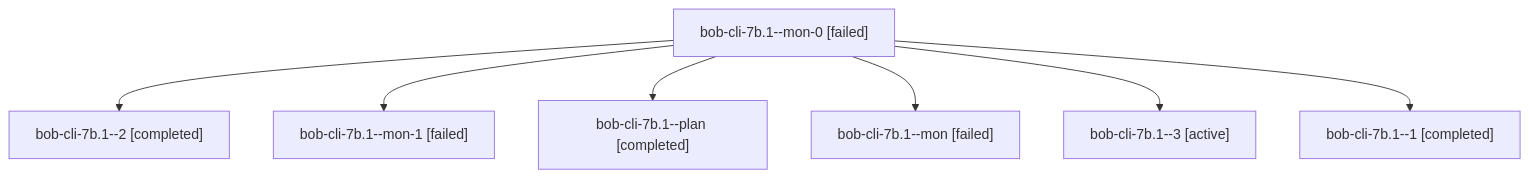
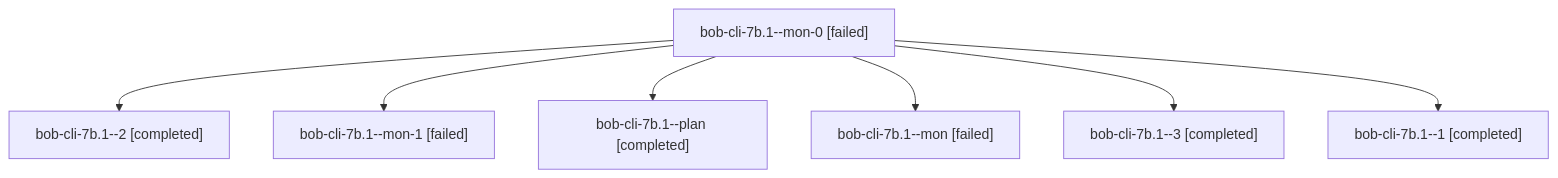
Before and after one commit to bobs-org/bob-cli--agents: the diagram in sessions/bbugyi200.apollo.bob-cli-7b.1.md, drawn with Mermaid. The commit also changed other lines of this file and 25 other files, not shown here.

````diff
--- a/sessions/bbugyi200.apollo.bob-cli-7b.1.md
+++ b/sessions/bbugyi200.apollo.bob-cli-7b.1.md
@@ -9,16 +9,16 @@
 ```mermaid
 flowchart TD
   n0["bob-cli-7b.1--mon-0 [failed]"]
   n1["bob-cli-7b.1--2 [completed]"]
   n0 --> n1
   n2["bob-cli-7b.1--mon-1 [failed]"]
   n0 --> n2
   n3["bob-cli-7b.1--plan [completed]"]
   n0 --> n3
   n4["bob-cli-7b.1--mon [failed]"]
   n0 --> n4
-  n5["bob-cli-7b.1--3 [active]"]
+  n5["bob-cli-7b.1--3 [completed]"]
   n0 --> n5
   n6["bob-cli-7b.1--1 [completed]"]
   n0 --> n6
 ```
````
